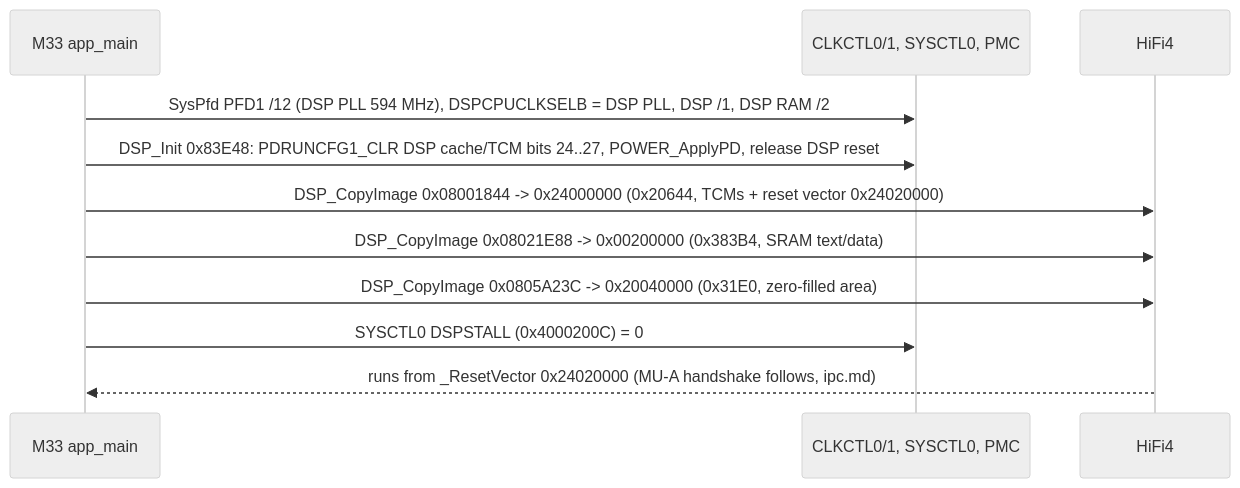
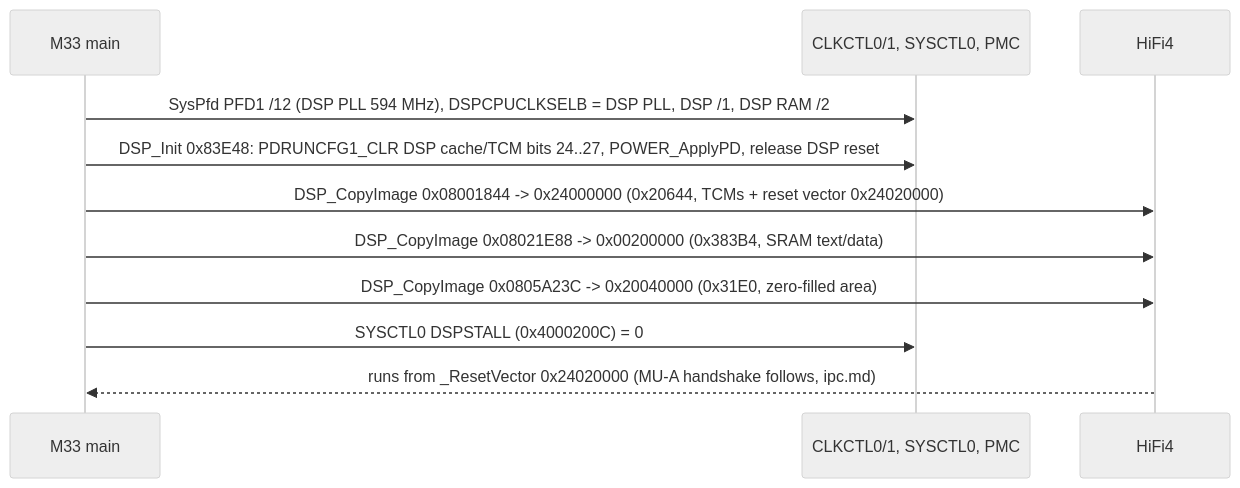
Before and after one commit to Reid-n0rc/FT-710_Firmware: the third of 3 diagrams in docs/code/ifdsp/m33-platform.md, drawn with Mermaid (neutral theme). The commit also changed other lines of this file and 8 other files, not shown here.

````diff
--- a/docs/code/ifdsp/m33-platform.md
+++ b/docs/code/ifdsp/m33-platform.md
@@ -141,13 +141,13 @@
 ```mermaid
 sequenceDiagram
-  participant M as M33 app_main
+  participant M as M33 main
   participant C as CLKCTL0/1, SYSCTL0, PMC
   participant D as HiFi4
   M->>C: SysPfd PFD1 /12 (DSP PLL 594 MHz), DSPCPUCLKSELB = DSP PLL, DSP /1, DSP RAM /2
   M->>C: DSP_Init 0x83E48: PDRUNCFG1_CLR DSP cache/TCM bits 24..27, POWER_ApplyPD, release DSP reset
   M->>D: DSP_CopyImage 0x08001844 -> 0x24000000 (0x20644, TCMs + reset vector 0x24020000)
   M->>D: DSP_CopyImage 0x08021E88 -> 0x00200000 (0x383B4, SRAM text/data)
   M->>D: DSP_CopyImage 0x0805A23C -> 0x20040000 (0x31E0, zero-filled area)
   M->>C: SYSCTL0 DSPSTALL (0x4000200C) = 0
   D-->>M: runs from _ResetVector 0x24020000 (MU-A handshake follows, ipc.md)
 ```
````
